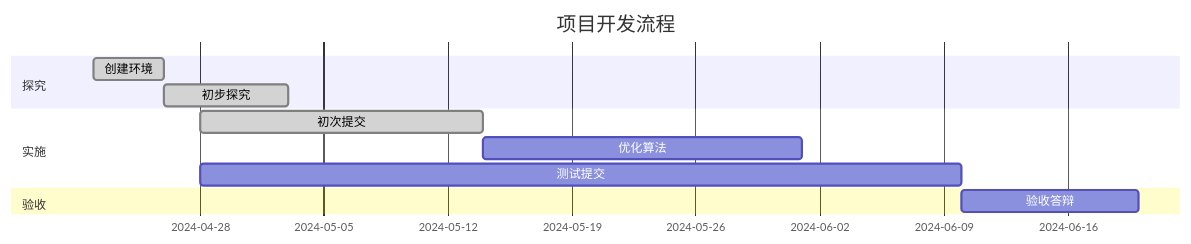
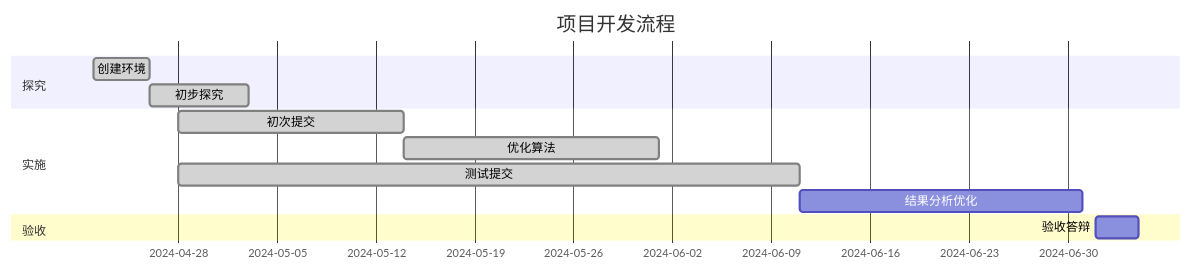
Before and after one commit to XUAN717/BirdCLEF-2024: the diagram in README.md, drawn with Mermaid. The commit also changed other lines of this file, not shown here.

````diff
--- a/README.md
+++ b/README.md
@@ -86,16 +96,17 @@
 ```mermaid
 gantt
     title 项目开发流程
     todayMarker off
     section 探究
       创建环境           :done, 2024-04-22, 4d
       初步探究     :done, 2024-04-26, 7d
    
     section 实施
       初次提交      :done, 2024-04-28  , 16d
-      优化算法      :2024-05-14  , 18d
-      测试提交      :2024-04-28  , 43d
+      优化算法      :done, 2024-05-14  , 18d
+      测试提交      :done, 2024-04-28  , 44d
+      结果分析优化  :2024-06-11  , 20d
 
     section 验收
-      验收答辩    :2024-06-10, 10d
+      验收答辩    :2024-07-2, 3d
 ```
````
